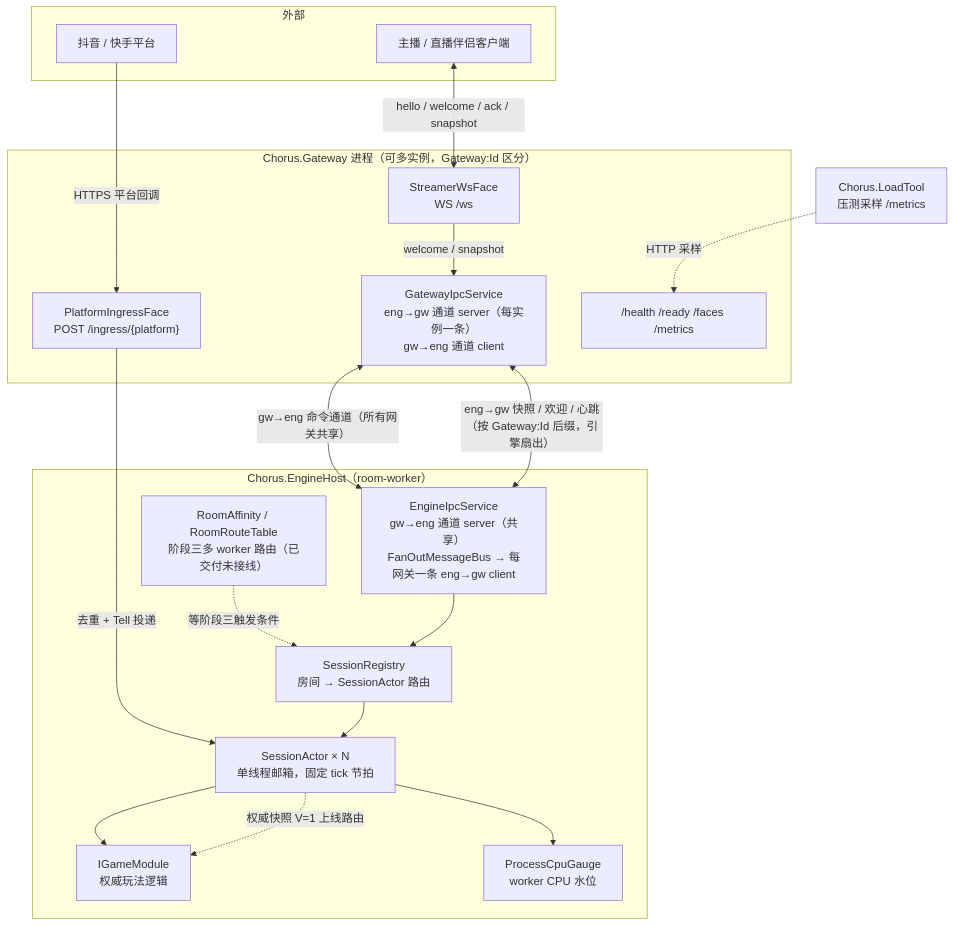
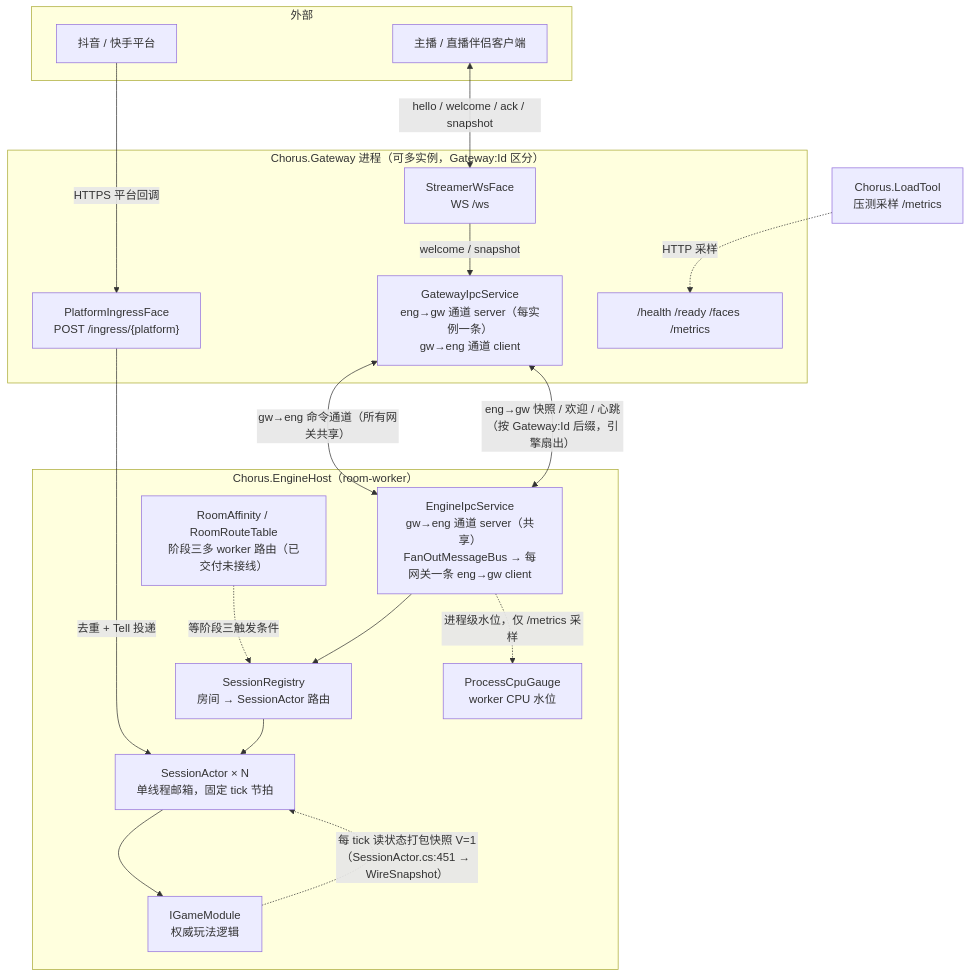
Before and after one commit to cuihairu/chorus: the diagram in docs/design/architecture-overview.md, drawn with Mermaid. The commit also changed 29 other files, not shown here.

````diff
--- a/docs/design/architecture-overview.md
+++ b/docs/design/architecture-overview.md
@@ -11,37 +11,37 @@
 ```mermaid
 flowchart TB
   subgraph EXT["外部"]
     P["抖音 / 快手平台"]
     C["主播 / 直播伴侣客户端"]
   end
 
   subgraph GW["Chorus.Gateway 进程（可多实例，Gateway:Id 区分）"]
     INGRESS["PlatformIngressFace<br/>POST /ingress/{platform}"]
     WS["StreamerWsFace<br/>WS /ws"]
     OPS["/health /ready /faces /metrics"]
     GWIPC["GatewayIpcService<br/>eng→gw 通道 server（每实例一条）<br/>gw→eng 通道 client"]
   end
 
   subgraph WORKER["Chorus.EngineHost（room-worker）"]
     ENGIPC["EngineIpcService<br/>gw→eng 通道 server（共享）<br/>FanOutMessageBus → 每网关一条 eng→gw client"]
     REG["SessionRegistry<br/>房间 → SessionActor 路由"]
     SA["SessionActor × N<br/>单线程邮箱，固定 tick 节拍"]
     GM["IGameModule<br/>权威玩法逻辑"]
     RT["RoomAffinity / RoomRouteTable<br/>阶段三多 worker 路由（已交付未接线）"]
     CPU["ProcessCpuGauge<br/>worker CPU 水位"]
   end
 
   LOADTOOL["Chorus.LoadTool<br/>压测采样 /metrics"]
 
   P -->|"HTTPS 平台回调"| INGRESS
   C <-->|"hello / welcome / ack / snapshot"| WS
   INGRESS -->|"去重 + Tell 投递"| SA
   WS -->|"welcome / snapshot"| GWIPC
   GWIPC <-->|"gw→eng 命令通道（所有网关共享）"| ENGIPC
   ENGIPC <-->|"eng→gw 快照 / 欢迎 / 心跳（按 Gateway:Id 后缀，引擎扇出）"| GWIPC
   ENGIPC --> REG --> SA --> GM
-  SA -.->|"权威快照 V=1 上线路由"| GM
+  GM -.->|"每 tick 读状态打包快照 V=1（SessionActor.cs:451 → WireSnapshot）"| SA
   RT -.->|"等阶段三触发条件"| REG
-  SA --> CPU
+  ENGIPC -.->|"进程级水位，仅 /metrics 采样"| CPU
   LOADTOOL -.->|"HTTP 采样"| OPS
 ```
````
